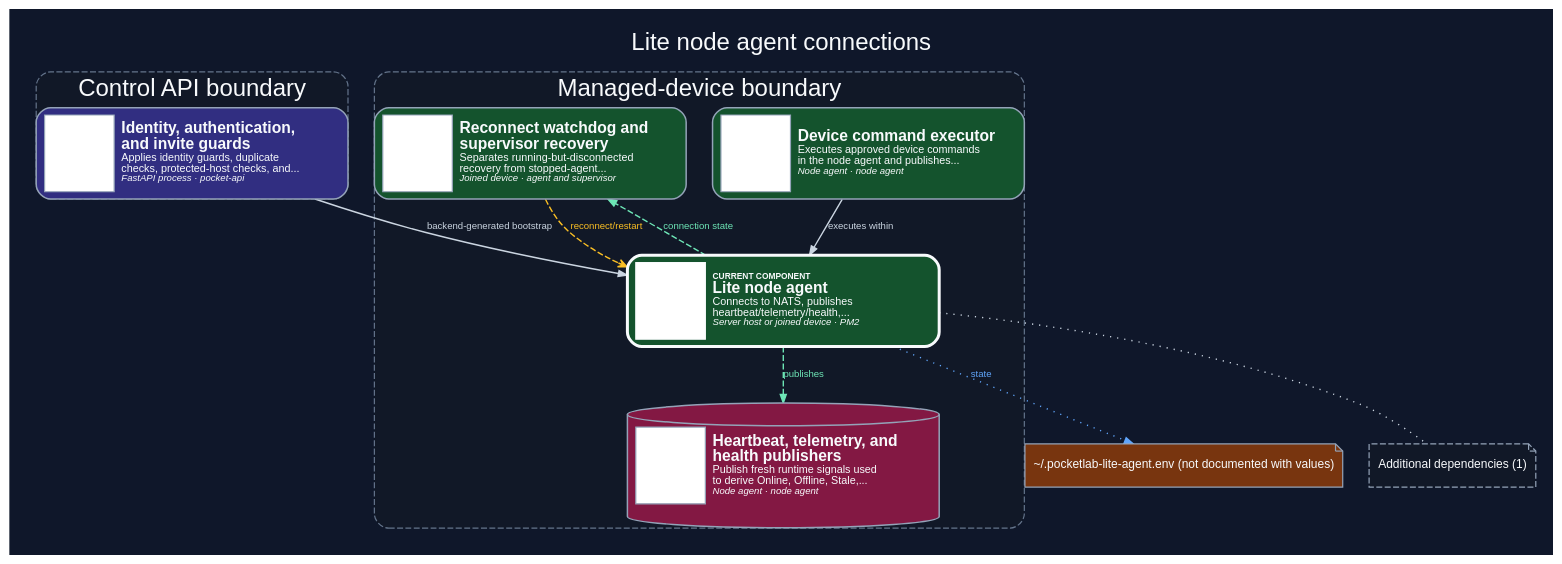
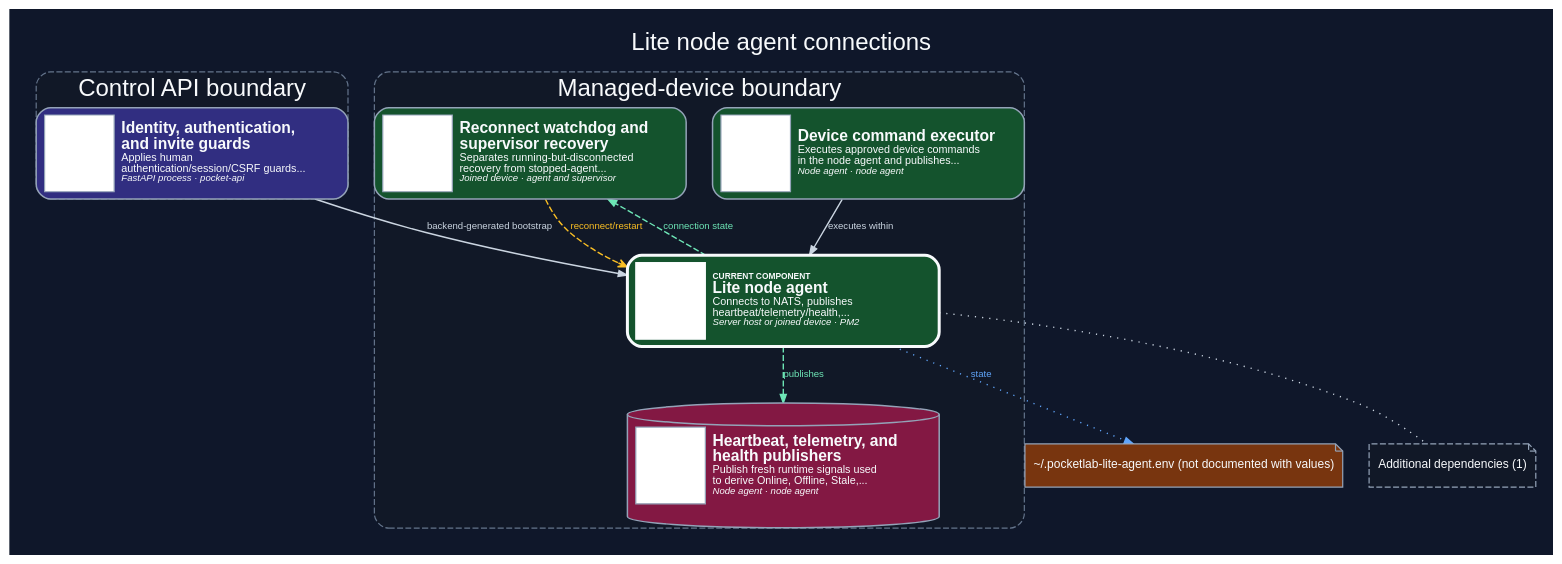
Before and after one commit to dexter-lab-ctrl/pocket-lab-lite: the diagram in docs/assets/diagrams/production/components/node-agent.dark.dot, drawn with Graphviz. The commit also changed 557 other files, not shown here.

```diff
--- a/docs/assets/diagrams/production/components/node-agent.dark.dot
+++ b/docs/assets/diagrams/production/components/node-agent.dark.dot
@@ -1,65 +1,65 @@
 digraph component_node_agent {
   graph [
     rankdir="TB",
     splines="spline",
     compound="true",
     newrank="true",
     nodesep="0.30",
     ranksep="0.52",
     ratio="compress",
     pad="0.20",
     margin="0",
     outputorder="edgesfirst",
     bgcolor="#0f172a",
     fontcolor="#f8fafc",
     fontname="Arial",
     label="Lite node agent connections",
     labelloc="t",
     fontsize="20"
   ];
   node [
     fontname="Arial",
     fontsize="10",
     color="#94a3b8",
     fontcolor="#f8fafc",
     margin="0.12,0.08"
   ];
   edge [
     fontname="Arial",
     fontsize="8",
     color="#94a3b8",
     fontcolor="#cbd5e1",
     arrowsize="0.72",
     penwidth="1.15"
   ];
   subgraph "cluster_control-api" {
     label="Control API boundary";
     style="rounded,dashed,filled";
     color="#64748b";
     fillcolor="#111827";
     fontcolor="#f8fafc";
     penwidth="1.0";
-    "api-guards" [label=<<TABLE BORDER="0" CELLBORDER="0" CELLSPACING="0" CELLPADDING="6"><TR><TD FIXEDSIZE="TRUE" WIDTH="58" HEIGHT="64" ALIGN="CENTER" VALIGN="MIDDLE" BORDER="1" BGCOLOR="#FFFFFF" HREF="#PLICON__api-guards" TITLE="Architecture icon anchor"><FONT POINT-SIZE="1">&#160;</FONT></TD><TD WIDTH="188" ALIGN="LEFT" BALIGN="LEFT" VALIGN="MIDDLE"><FONT POINT-SIZE="13"><B>Identity, authentication,<BR/>and invite guards</B></FONT><BR/><FONT POINT-SIZE="9">Applies identity guards, duplicate<BR/>checks, protected-host checks, and...</FONT><BR/><FONT POINT-SIZE="8"><I>FastAPI process · pocket-api</I></FONT></TD></TR></TABLE>>, shape="box", style="rounded,filled", fillcolor="#312e81", color="#94a3b8", fontcolor="#f8fafc", penwidth="1.25", tooltip="Identity, authentication, and invite guards. Applies identity guards, duplicate checks, protected-host checks, and fail-closed invite/bootstrap acceptance.", URL="../../../../generated/production/architecture/components/api-guards/", target="_top", margin="0.10,0.08"];
+    "api-guards" [label=<<TABLE BORDER="0" CELLBORDER="0" CELLSPACING="0" CELLPADDING="6"><TR><TD FIXEDSIZE="TRUE" WIDTH="58" HEIGHT="64" ALIGN="CENTER" VALIGN="MIDDLE" BORDER="1" BGCOLOR="#FFFFFF" HREF="#PLICON__api-guards" TITLE="Architecture icon anchor"><FONT POINT-SIZE="1">&#160;</FONT></TD><TD WIDTH="188" ALIGN="LEFT" BALIGN="LEFT" VALIGN="MIDDLE"><FONT POINT-SIZE="13"><B>Identity, authentication,<BR/>and invite guards</B></FONT><BR/><FONT POINT-SIZE="9">Applies human<BR/>authentication/session/CSRF guards...</FONT><BR/><FONT POINT-SIZE="8"><I>FastAPI process · pocket-api</I></FONT></TD></TR></TABLE>>, shape="box", style="rounded,filled", fillcolor="#312e81", color="#94a3b8", fontcolor="#f8fafc", penwidth="1.25", tooltip="Identity, authentication, and invite guards. Applies human authentication/session/CSRF guards plus device identity, duplicate, protected-host, and fail-closed invite/bootstrap acceptance guards.", URL="../../../../generated/production/architecture/components/api-guards/", target="_top", margin="0.10,0.08"];
   }
   subgraph "cluster_managed-device" {
     label="Managed-device boundary";
     style="rounded,dashed,filled";
     color="#64748b";
     fillcolor="#111827";
     fontcolor="#f8fafc";
     penwidth="1.0";
     "agent-command-executor" [label=<<TABLE BORDER="0" CELLBORDER="0" CELLSPACING="0" CELLPADDING="6"><TR><TD FIXEDSIZE="TRUE" WIDTH="58" HEIGHT="64" ALIGN="CENTER" VALIGN="MIDDLE" BORDER="1" BGCOLOR="#FFFFFF" HREF="#PLICON__agent-command-executor" TITLE="Architecture icon anchor"><FONT POINT-SIZE="1">&#160;</FONT></TD><TD WIDTH="188" ALIGN="LEFT" BALIGN="LEFT" VALIGN="MIDDLE"><FONT POINT-SIZE="13"><B>Device command executor</B></FONT><BR/><FONT POINT-SIZE="9">Executes approved device commands<BR/>in the node agent and publishes...</FONT><BR/><FONT POINT-SIZE="8"><I>Node agent · node agent</I></FONT></TD></TR></TABLE>>, shape="box", style="rounded,filled", fillcolor="#14532d", color="#94a3b8", fontcolor="#f8fafc", penwidth="1.25", tooltip="Device command executor. Executes approved device commands in the node agent and publishes truthful results.", URL="../../../../generated/production/architecture/components/agent-command-executor/", target="_top", margin="0.10,0.08"];
     "agent-recovery" [label=<<TABLE BORDER="0" CELLBORDER="0" CELLSPACING="0" CELLPADDING="6"><TR><TD FIXEDSIZE="TRUE" WIDTH="58" HEIGHT="64" ALIGN="CENTER" VALIGN="MIDDLE" BORDER="1" BGCOLOR="#FFFFFF" HREF="#PLICON__agent-recovery" TITLE="Architecture icon anchor"><FONT POINT-SIZE="1">&#160;</FONT></TD><TD WIDTH="188" ALIGN="LEFT" BALIGN="LEFT" VALIGN="MIDDLE"><FONT POINT-SIZE="13"><B>Reconnect watchdog and<BR/>supervisor recovery</B></FONT><BR/><FONT POINT-SIZE="9">Separates running-but-disconnected<BR/>recovery from stopped-agent...</FONT><BR/><FONT POINT-SIZE="8"><I>Joined device · agent and supervisor</I></FONT></TD></TR></TABLE>>, shape="box", style="rounded,filled", fillcolor="#14532d", color="#94a3b8", fontcolor="#f8fafc", penwidth="1.25", tooltip="Reconnect watchdog and supervisor recovery. Separates running-but-disconnected recovery from stopped-agent recovery and exposes truthful guidance when no supervisor is available.", URL="../../../../generated/production/architecture/components/agent-recovery/", target="_top", margin="0.10,0.08"];
     "agent-signals" [label=<<TABLE BORDER="0" CELLBORDER="0" CELLSPACING="0" CELLPADDING="6"><TR><TD FIXEDSIZE="TRUE" WIDTH="58" HEIGHT="64" ALIGN="CENTER" VALIGN="MIDDLE" BORDER="1" BGCOLOR="#FFFFFF" HREF="#PLICON__agent-signals" TITLE="Architecture icon anchor"><FONT POINT-SIZE="1">&#160;</FONT></TD><TD WIDTH="188" ALIGN="LEFT" BALIGN="LEFT" VALIGN="MIDDLE"><FONT POINT-SIZE="13"><B>Heartbeat, telemetry, and<BR/>health publishers</B></FONT><BR/><FONT POINT-SIZE="9">Publish fresh runtime signals used<BR/>to derive Online, Offline, Stale,...</FONT><BR/><FONT POINT-SIZE="8"><I>Node agent · node agent</I></FONT></TD></TR></TABLE>>, shape="cylinder", style="rounded,filled", fillcolor="#831843", color="#94a3b8", fontcolor="#f8fafc", penwidth="1.25", tooltip="Heartbeat, telemetry, and health publishers. Publish fresh runtime signals used to derive Online, Offline, Stale, Agent stopped, and Remote access not ready states.", URL="../../../../generated/production/architecture/components/agent-signals/", target="_top", margin="0.10,0.08"];
     "node-agent" [label=<<TABLE BORDER="0" CELLBORDER="0" CELLSPACING="0" CELLPADDING="6"><TR><TD FIXEDSIZE="TRUE" WIDTH="58" HEIGHT="64" ALIGN="CENTER" VALIGN="MIDDLE" BORDER="1" BGCOLOR="#FFFFFF" HREF="#PLICON__node-agent" TITLE="Architecture icon anchor"><FONT POINT-SIZE="1">&#160;</FONT></TD><TD WIDTH="188" ALIGN="LEFT" BALIGN="LEFT" VALIGN="MIDDLE"><FONT POINT-SIZE="7"><B>CURRENT COMPONENT</B></FONT><BR/><FONT POINT-SIZE="13"><B>Lite node agent</B></FONT><BR/><FONT POINT-SIZE="9">Connects to NATS, publishes<BR/>heartbeat/telemetry/health,...</FONT><BR/><FONT POINT-SIZE="8"><I>Server host or joined device · PM2</I></FONT></TD></TR></TABLE>>, shape="box", style="rounded,filled,bold", fillcolor="#14532d", color="#f8fafc", fontcolor="#f8fafc", penwidth="2.5", tooltip="Lite node agent. Connects to NATS, publishes heartbeat/telemetry/health, handles device commands, and reconnects after outages.", URL="../../../../generated/production/architecture/components/node-agent/", target="_top", margin="0.10,0.08"];
   }
   "node-agent" -> "agent-signals" [label="publishes", tooltip="publishes (NATS)", style="dashed", arrowhead="normal", color="#6ee7b7", fontcolor="#6ee7b7", penwidth="1.15", arrowsize="0.72"];
   "node-agent" -> "agent-recovery" [label="connection state", tooltip="connection state (NATS)", style="dashed", arrowhead="normal", color="#6ee7b7", fontcolor="#6ee7b7", penwidth="1.15", arrowsize="0.72"];
   "agent-command-executor" -> "node-agent" [label="executes within", tooltip="executes within (Python)", style="solid", arrowhead="normal", color="#cbd5e1", fontcolor="#cbd5e1", penwidth="1.15", arrowsize="0.72"];
   "api-guards" -> "node-agent" [label="backend-generated bootstrap", tooltip="backend-generated bootstrap (Shell artifact)", style="solid", arrowhead="normal", color="#cbd5e1", fontcolor="#cbd5e1", penwidth="1.15", arrowsize="0.72"];
   "agent-recovery" -> "node-agent" [label="reconnect/restart", tooltip="reconnect/restart (NATS/process)", style="dashed", arrowhead="vee", color="#fbbf24", fontcolor="#fbbf24", penwidth="1.15", arrowsize="0.72"];
   "state_dependency_0" [label="~/.pocketlab-lite-agent.env (not documented with values)", shape="note", style="filled", fillcolor="#78350f", color="#94a3b8", fontcolor="#f8fafc", tooltip="Durable-state dependency"];
   "node-agent" -> "state_dependency_0" [label="state", style="dotted", color="#60a5fa", fontcolor="#60a5fa"];
   "additional_dependencies" [label="Additional dependencies (1)", shape="note", style="dashed,filled", fillcolor="#111827", color="#94a3b8", fontcolor="#f8fafc", tooltip="Additional dependencies (1)"];
   "node-agent" -> "additional_dependencies" [style="dotted", arrowhead="none", color="#cbd5e1"];
 }
```
